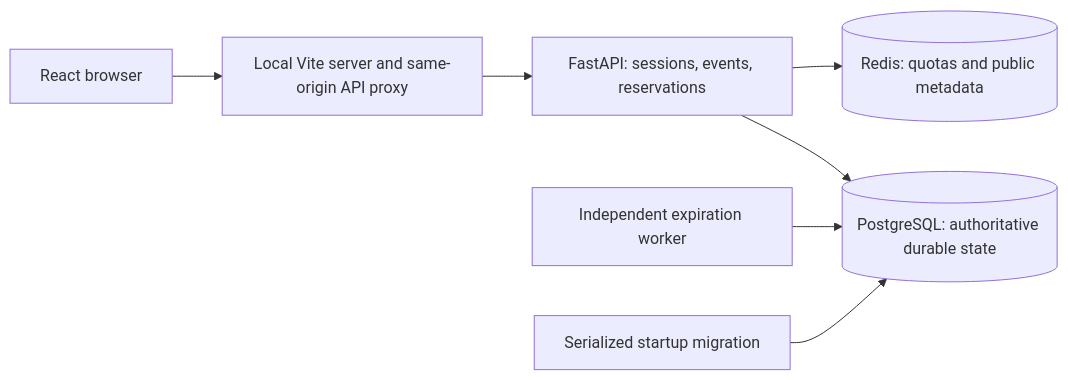
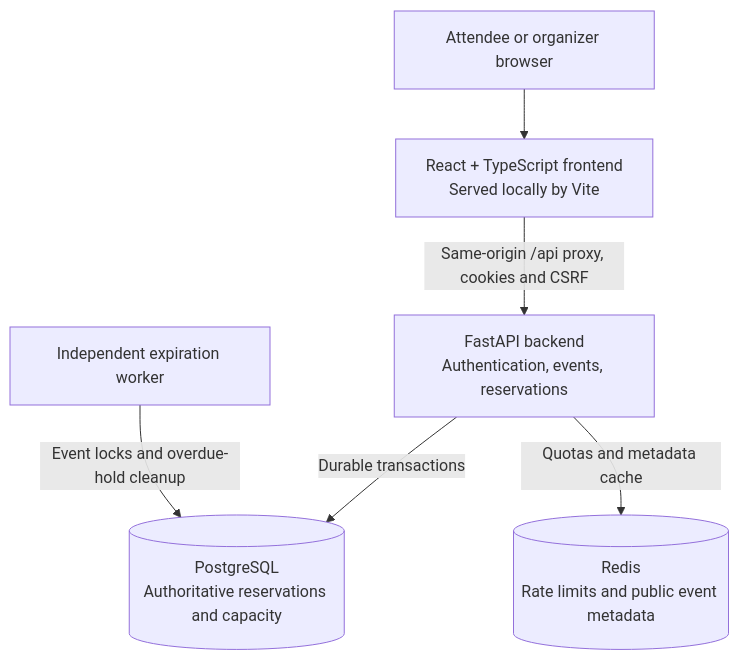
One commit to ShreyasKowshal/Concurrency-Safe-Reservation-System changed the first of 2 diagrams in README.md. Above: the diagram before and after it, drawn with Mermaid. The commit also changed other lines of this file and 28 other files, not shown here.

Commit message:
docs: improve architecture and organize validation reports

````diff
--- a/README.md
+++ b/README.md
@@ -53,9 +35,14 @@
 ```mermaid
-flowchart LR
-    Browser[React browser] --> Vite[Local Vite server and same-origin API proxy]
-    Vite --> API[FastAPI: sessions, events, reservations]
-    API --> PG[(PostgreSQL: authoritative durable state)]
-    API --> Redis[(Redis: quotas and public metadata)]
-    Worker[Independent expiration worker] --> PG
-    Migrate[Serialized startup migration] --> PG
+flowchart TB
+    Browser["Attendee or organizer browser"]
+    Web["React + TypeScript frontend<br/>Served locally by Vite"]
+    API["FastAPI backend<br/>Authentication, events, reservations"]
+    PG[("PostgreSQL<br/>Authoritative reservations and capacity")]
+    Redis[("Redis<br/>Rate limits and public event metadata")]
+    Worker["Independent expiration worker"]
+    Browser --> Web
+    Web -->|"Same-origin /api proxy, cookies and CSRF"| API
+    API -->|"Durable transactions"| PG
+    API -->|"Quotas and metadata cache"| Redis
+    Worker -->|"Event locks and overdue-hold cleanup"| PG
 ```
````
